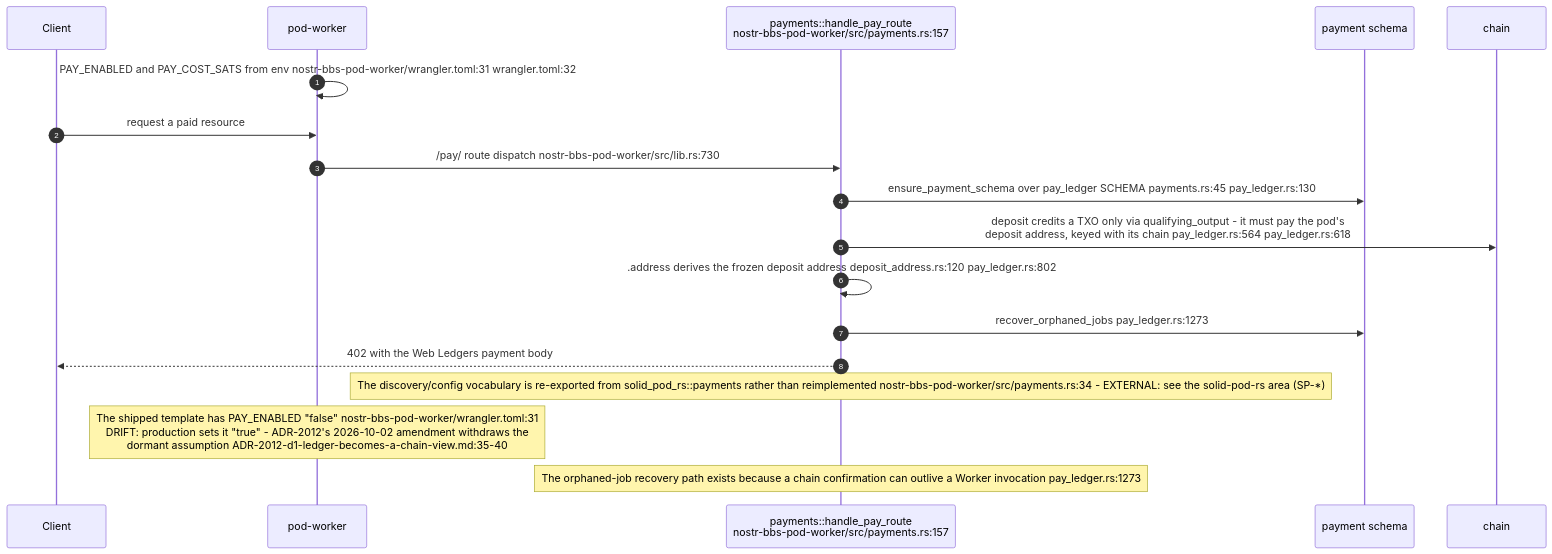
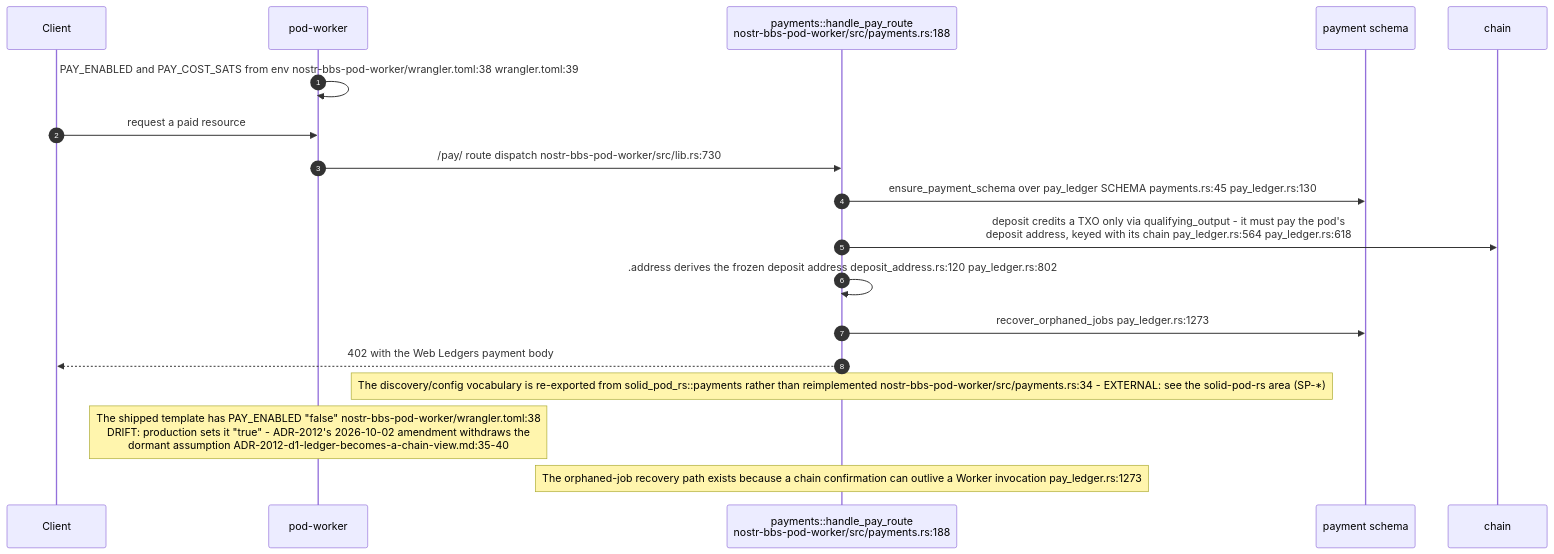
One commit to DreamLab-AI/VisionFlow changed the eighth of 10 diagrams in docs/diagrams/nostr-rust-forum/04-pod-worker-ldp-wac-and-delegation.md. Above: the diagram before and after it, drawn with Mermaid. The commit also changed other lines of this file and 59 other files, not shown here.

First line of the commit message:
docs(diagrams): re-derive and re-stamp forum, website, pod, ontomark and sealmap topics

````diff
--- a/docs/diagrams/nostr-rust-forum/04-pod-worker-ldp-wac-and-delegation.md
+++ b/docs/diagrams/nostr-rust-forum/04-pod-worker-ldp-wac-and-delegation.md
@@ -246,22 +246,22 @@
 ```mermaid
 sequenceDiagram
     autonumber
     participant C as Client
     participant W as pod-worker
-    participant PAY as payments::handle_pay_route<br/>nostr-bbs-pod-worker/src/payments.rs:157
+    participant PAY as payments::handle_pay_route<br/>nostr-bbs-pod-worker/src/payments.rs:188
     participant D1 as payment schema
     participant CH as chain
 
-    W->>W: PAY_ENABLED and PAY_COST_SATS from env nostr-bbs-pod-worker/wrangler.toml:31 wrangler.toml:32
+    W->>W: PAY_ENABLED and PAY_COST_SATS from env nostr-bbs-pod-worker/wrangler.toml:38 wrangler.toml:39
     C->>W: request a paid resource
     W->>PAY: /pay/ route dispatch nostr-bbs-pod-worker/src/lib.rs:730
     PAY->>D1: ensure_payment_schema over pay_ledger SCHEMA payments.rs:45 pay_ledger.rs:130
     PAY->>CH: deposit credits a TXO only via qualifying_output - it must pay the pod's<br/>deposit address, keyed with its chain pay_ledger.rs:564 pay_ledger.rs:618
     PAY->>PAY: .address derives the frozen deposit address deposit_address.rs:120 pay_ledger.rs:802
     PAY->>D1: recover_orphaned_jobs pay_ledger.rs:1273
     PAY-->>C: 402 with the Web Ledgers payment body
 
     Note over PAY: The discovery/config vocabulary is re-exported from solid_pod_rs::payments rather than reimplemented nostr-bbs-pod-worker/src/payments.rs:34 - EXTERNAL: see the solid-pod-rs area (SP-*)
-    Note over W: The shipped template has PAY_ENABLED "false" nostr-bbs-pod-worker/wrangler.toml:31<br/>DRIFT: production sets it "true" - ADR-2012's 2026-10-02 amendment withdraws the<br/>dormant assumption ADR-2012-d1-ledger-becomes-a-chain-view.md:35-40
+    Note over W: The shipped template has PAY_ENABLED "false" nostr-bbs-pod-worker/wrangler.toml:38<br/>DRIFT: production sets it "true" - ADR-2012's 2026-10-02 amendment withdraws the<br/>dormant assumption ADR-2012-d1-ledger-becomes-a-chain-view.md:35-40
     Note over PAY: The orphaned-job recovery path exists because a chain confirmation can outlive a Worker invocation pay_ledger.rs:1273
 ```
````
